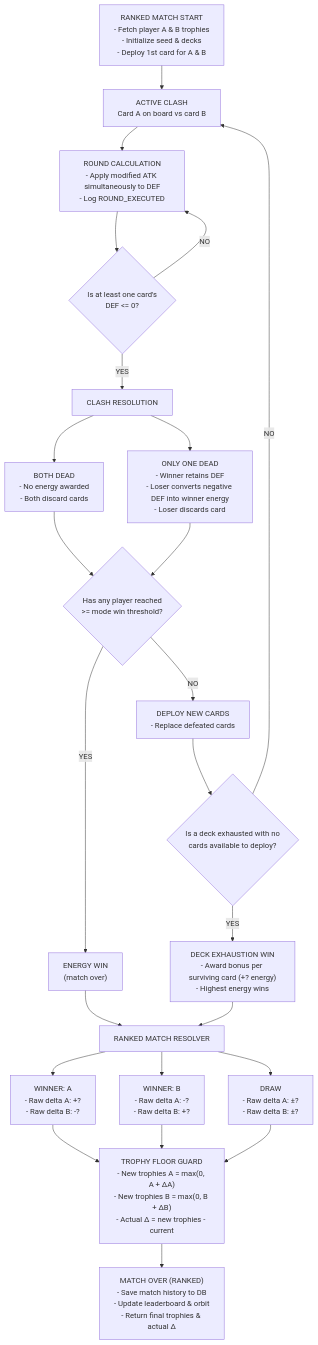
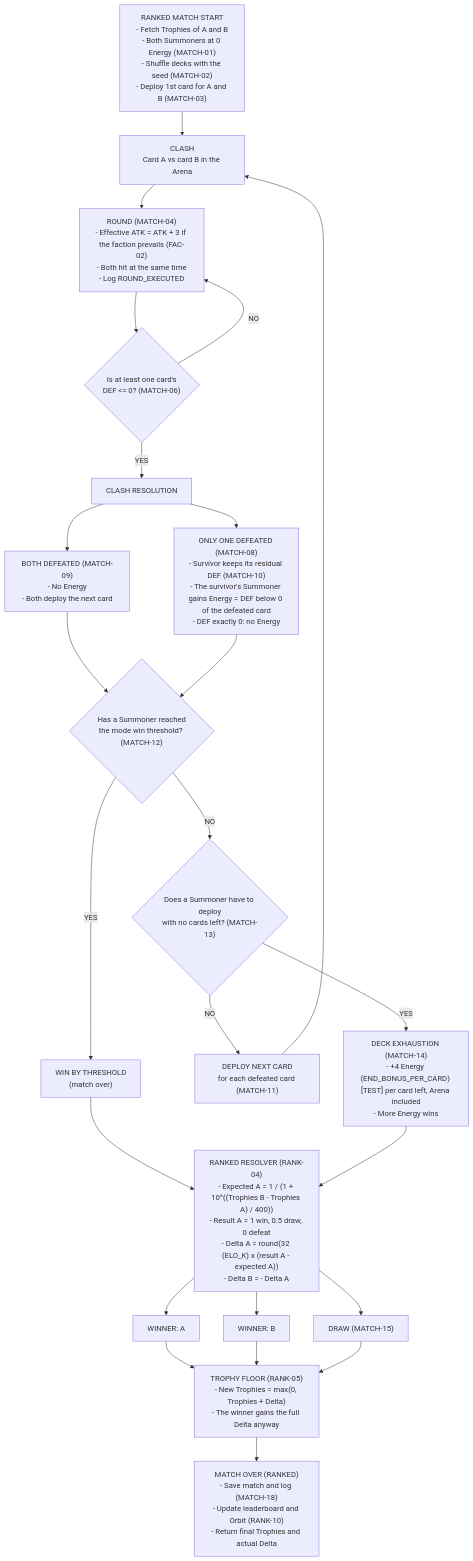
One commit to horizon-glitch-studio/gruppo-08-will-of-the-void-backend changed the fourth of 4 diagrams in docs/game-engine-schema.md. Above: the diagram before and after it, drawn with Mermaid. The commit also changed other lines of this file, not shown here.

First line of the commit message:
docs: update game engine schema to updated rules

````diff
--- a/docs/game-engine-schema.md
+++ b/docs/game-engine-schema.md
@@ -82,42 +83,42 @@
 ```mermaid
 flowchart TD
-    Start["RANKED MATCH START<br/>- Fetch player A & B trophies<br/>- Initialize seed & decks<br/>- Deploy 1st card for A & B"]
-    Clash["ACTIVE CLASH<br/>Card A on board vs card B"]
-    Round["ROUND CALCULATION<br/>- Apply modified ATK simultaneously to DEF<br/>- Log ROUND_EXECUTED"]
-    Dead{"Is at least one card's<br/>DEF <= 0?"}
+    Start["RANKED MATCH START<br/>- Fetch Trophies of A and B<br/>- Both Summoners at 0 Energy (MATCH-01)<br/>- Shuffle decks with the seed (MATCH-02)<br/>- Deploy 1st card for A and B (MATCH-03)"]
+    Clash["CLASH<br/>Card A vs card B in the Arena"]
+    Round["ROUND (MATCH-04)<br/>- Effective ATK = ATK + 3 if the faction prevails (FAC-02)<br/>- Both hit at the same time<br/>- Log ROUND_EXECUTED"]
+    Dead{"Is at least one card's<br/>DEF <= 0? (MATCH-06)"}
     Resolution["CLASH RESOLUTION"]
-    Both["BOTH DEAD<br/>- No energy awarded<br/>- Both discard cards"]
-    One["ONLY ONE DEAD<br/>- Winner retains DEF<br/>- Loser converts negative DEF into winner energy<br/>- Loser discards card"]
-    Threshold{"Has any player reached<br/>>= mode win threshold?"}
-    EnergyWin["ENERGY WIN<br/>(match over)"]
-    Deploy["DEPLOY NEW CARDS<br/>- Replace defeated cards"]
-    Exhausted{"Is a deck exhausted with no<br/>cards available to deploy?"}
-    DeckWin["DECK EXHAUSTION WIN<br/>- Award bonus per surviving card (+? energy)<br/>- Highest energy wins"]
-    Resolver["RANKED MATCH RESOLVER"]
-    WinA["WINNER: A<br/>- Raw delta A: +?<br/>- Raw delta B: -?"]
-    WinB["WINNER: B<br/>- Raw delta A: -?<br/>- Raw delta B: +?"]
-    Draw["DRAW<br/>- Raw delta A: ±?<br/>- Raw delta B: ±?"]
-    Floor["TROPHY FLOOR GUARD<br/>- New trophies A = max(0, A + ΔA)<br/>- New trophies B = max(0, B + ΔB)<br/>- Actual Δ = new trophies - current"]
-    Over["MATCH OVER (RANKED)<br/>- Save match history to DB<br/>- Update leaderboard & orbit<br/>- Return final trophies & actual Δ"]
+    Both["BOTH DEFEATED (MATCH-09)<br/>- No Energy<br/>- Both deploy the next card"]
+    One["ONLY ONE DEFEATED (MATCH-08)<br/>- Survivor keeps its residual DEF (MATCH-10)<br/>- The survivor's Summoner gains Energy = DEF below 0 of the defeated card<br/>- DEF exactly 0: no Energy"]
+    Threshold{"Has a Summoner reached<br/>the mode win threshold? (MATCH-12)"}
+    EnergyWin["WIN BY THRESHOLD<br/>(match over)"]
+    Exhausted{"Does a Summoner have to deploy<br/>with no cards left? (MATCH-13)"}
+    Deploy["DEPLOY NEXT CARD<br/>for each defeated card (MATCH-11)"]
+    DeckEnd["DECK EXHAUSTION (MATCH-14)<br/>- +4 Energy (END_BONUS_PER_CARD) [TEST] per card left, Arena included<br/>- More Energy wins"]
+    Resolver["RANKED RESOLVER (RANK-04)<br/>- Expected A = 1 / (1 + 10^((Trophies B - Trophies A) / 400))<br/>- Result A = 1 win, 0.5 draw, 0 defeat<br/>- Delta A = round(32 (ELO_K) x (result A - expected A))<br/>- Delta B = - Delta A"]
+    WinA["WINNER: A"]
+    WinB["WINNER: B"]
+    Draw["DRAW (MATCH-15)"]
+    Floor["TROPHY FLOOR (RANK-05)<br/>- New Trophies = max(0, Trophies + Delta)<br/>- The winner gains the full Delta anyway"]
+    Over["MATCH OVER (RANKED)<br/>- Save match and log (MATCH-18)<br/>- Update leaderboard and Orbit (RANK-10)<br/>- Return final Trophies and actual Delta"]
 
     Start --> Clash --> Round --> Dead
     Dead -- NO --> Round
     Dead -- YES --> Resolution
     Resolution --> Both
     Resolution --> One
     Both --> Threshold
     One --> Threshold
     Threshold -- YES --> EnergyWin
-    Threshold -- NO --> Deploy --> Exhausted
-    Exhausted -- NO --> Clash
-    Exhausted -- YES --> DeckWin
+    Threshold -- NO --> Exhausted
+    Exhausted -- NO --> Deploy --> Clash
+    Exhausted -- YES --> DeckEnd
     EnergyWin --> Resolver
-    DeckWin --> Resolver
+    DeckEnd --> Resolver
     Resolver --> WinA
     Resolver --> WinB
     Resolver --> Draw
     WinA --> Floor
     WinB --> Floor
     Draw --> Floor
     Floor --> Over
 ```
````
